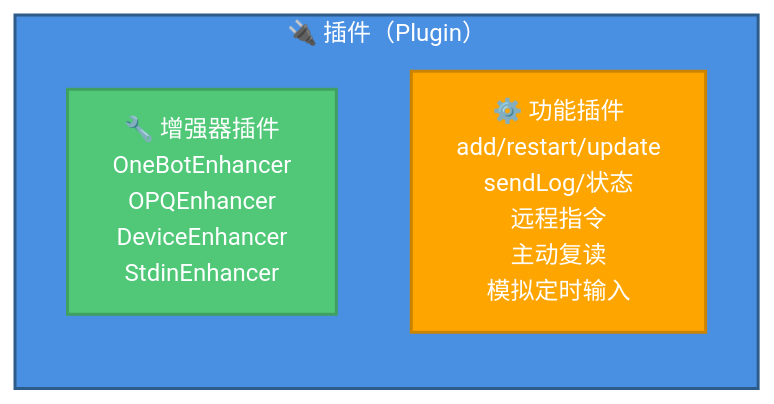
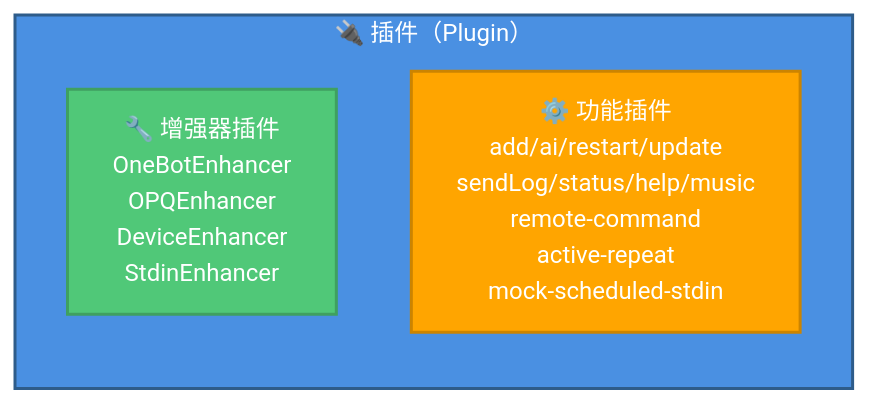
The second of 4 diagrams in docs/system-core.md (sunflowermm/XRK-AGT), drawn with Mermaid (forest theme) before and after one commit. The commit also changed other lines of this file and 16 other files, not shown here.

````diff
--- a/docs/system-core.md
+++ b/docs/system-core.md
@@ -411,12 +411,12 @@
 ```mermaid
 flowchart LR
     subgraph Plugins["🔌 插件（Plugin）"]
         direction TB
         Enhancers["🔧 增强器插件<br/>OneBotEnhancer<br/>OPQEnhancer<br/>DeviceEnhancer<br/>StdinEnhancer"]
-        Functions["⚙️ 功能插件<br/>add/restart/update<br/>sendLog/状态<br/>远程指令<br/>主动复读<br/>模拟定时输入"]
+        Functions["⚙️ 功能插件<br/>add/ai/restart/update<br/>sendLog/status/help/music<br/>remote-command<br/>active-repeat<br/>mock-scheduled-stdin"]
     end
     
     style Plugins fill:#4A90E2,stroke:#2E5C8A,stroke-width:2px,color:#fff
     style Enhancers fill:#50C878,stroke:#3FA060,stroke-width:2px,color:#fff
     style Functions fill:#FFA500,stroke:#CC8400,stroke-width:2px,color:#fff
 ```
````
